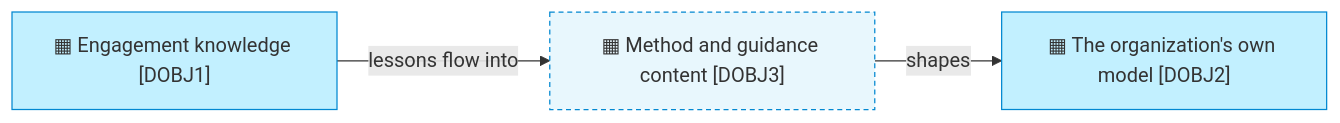
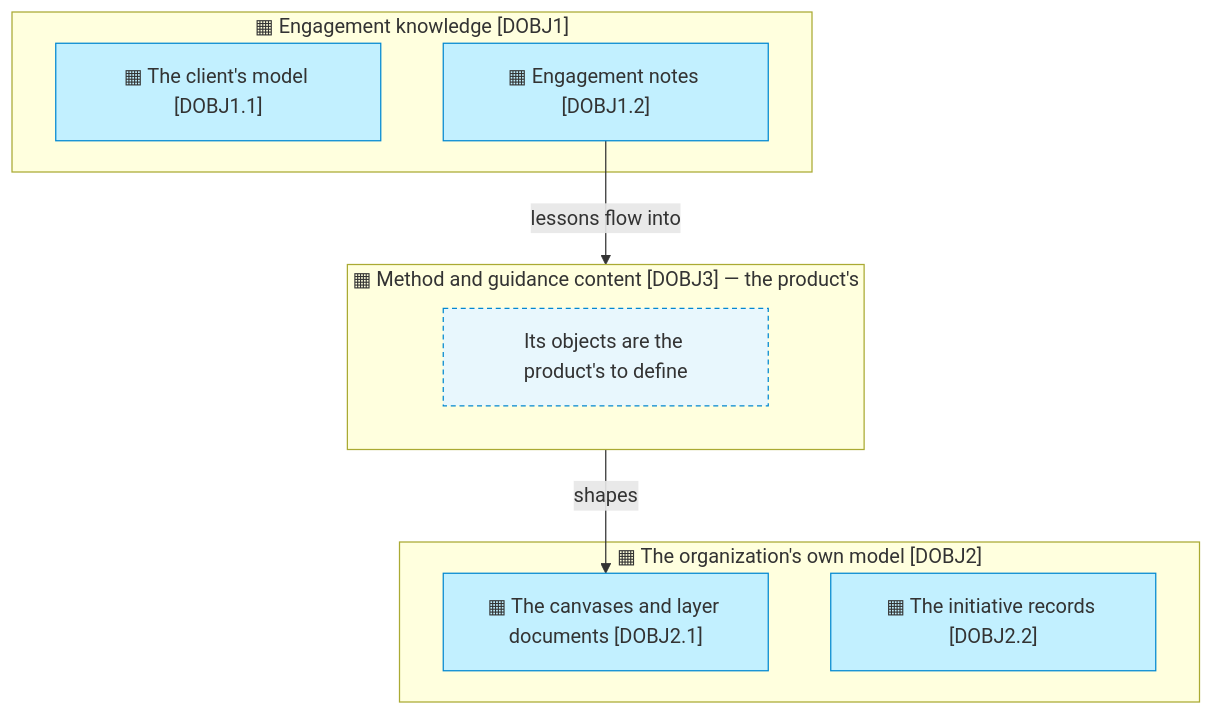
One commit to roanboc/architecture-archreator changed the second of 2 diagrams in org-archreator/architecture/3_information/1_information-domains-and-objects.md. Above: the diagram before and after it, drawn with Mermaid. The commit also changed 4 other files, not shown here.

First line of the commit message:
docs: the capabilities become the organization's own, the suppliers stop being actors, and the domain maps nest their objects

````diff
--- a/org-archreator/architecture/3_information/1_information-domains-and-objects.md
+++ b/org-archreator/architecture/3_information/1_information-domains-and-objects.md
@@ -23,12 +23,20 @@
 ```mermaid
-flowchart LR
-  d1["▦ Engagement knowledge [DOBJ1]"]:::info
-  d2["▦ The organization's own model [DOBJ2]"]:::info
-  d3["▦ Method and guidance content [DOBJ3]"]:::ext
+flowchart TB
+  subgraph d1["▦ Engagement knowledge [DOBJ1]"]
+    d11["▦ The client's model [DOBJ1.1]"]:::info
+    d12["▦ Engagement notes [DOBJ1.2]"]:::info
+  end
+  subgraph d2["▦ The organization's own model [DOBJ2]"]
+    d21["▦ The canvases and layer documents [DOBJ2.1]"]:::info
+    d22["▦ The initiative records [DOBJ2.2]"]:::info
+  end
+  subgraph d3["▦ Method and guidance content [DOBJ3] — the product's"]
+    d3note["Its objects are the product's to define"]:::ext
+  end
 
-  d1 -->|lessons flow into| d3
-  d3 -->|shapes| d2
+  d12 -->|lessons flow into| d3
+  d3 -->|shapes| d21
 
   classDef info fill:#c2f0ff,stroke:#0288d1,color:#333
   classDef ext fill:#e8f7fd,stroke:#0288d1,color:#333,stroke-dasharray: 4 3
 ```
````
